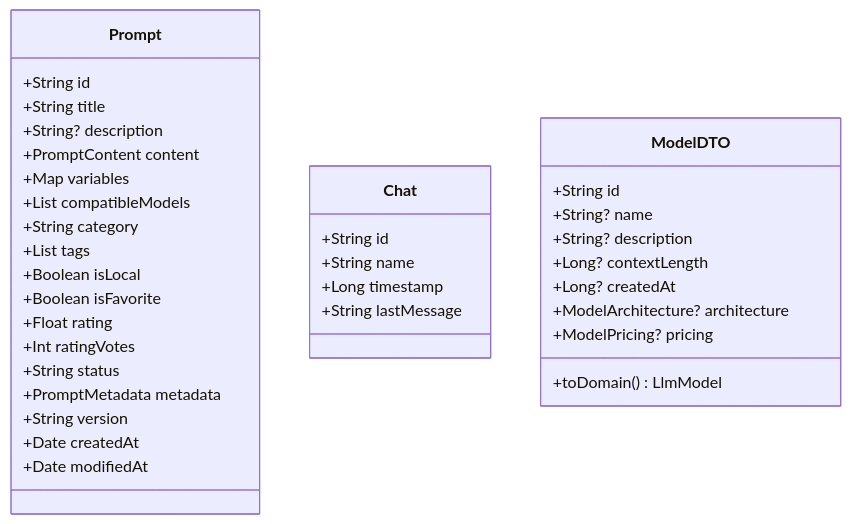
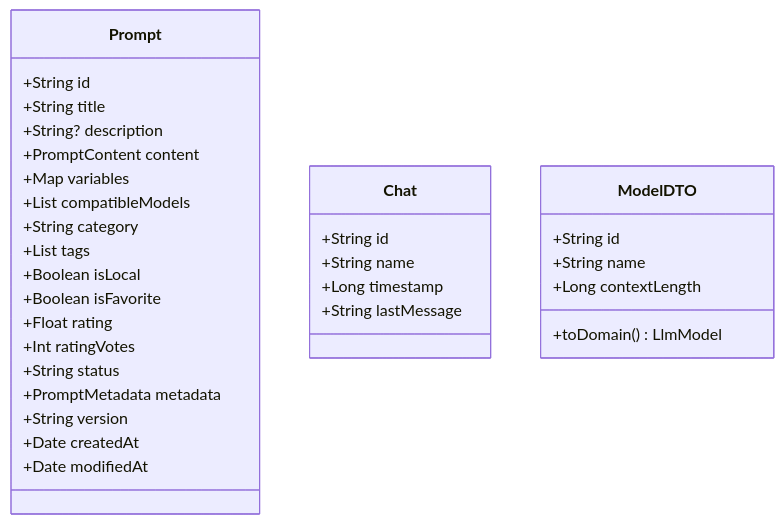
The second of 5 diagrams in PROJECT_ANALYSIS.md (arnyigor/aipromptskmp), drawn with Mermaid before and after one commit. The commit also changed other lines of this file and 38 other files, not shown here.

````diff
--- a/PROJECT_ANALYSIS.md
+++ b/PROJECT_ANALYSIS.md
@@ -29,40 +48,36 @@
 ```mermaid
 classDiagram
     class Prompt {
         +String id
         +String title
         +String? description
         +PromptContent content
         +Map<String, String> variables
         +List<String> compatibleModels
         +String category
         +List<String> tags
         +Boolean isLocal
         +Boolean isFavorite
         +Float rating
         +Int ratingVotes
         +String status
         +PromptMetadata metadata
         +String version
         +Date createdAt
         +Date modifiedAt
     }
 
     class Chat {
         +String id
         +String name
         +Long timestamp
         +String lastMessage
     }
 
     class ModelDTO {
         +String id
-        +String? name
-        +String? description
-        +Long? contextLength
-        +Long? createdAt
-        +ModelArchitecture? architecture
-        +ModelPricing? pricing
+        +String name
+        +Long contextLength
         +toDomain() LlmModel
     }
 ```
````
